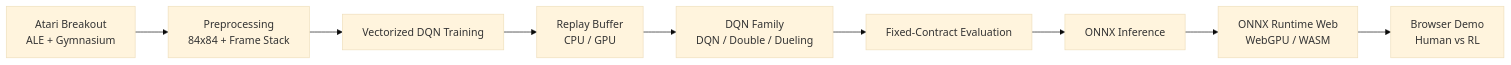
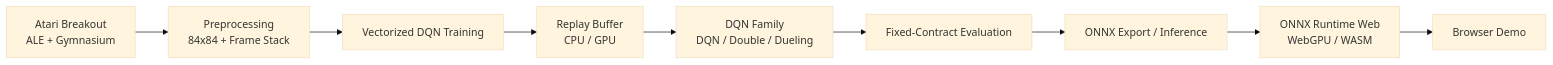
Before and after one commit to Tommyweige/breakout-rl-engineering: the diagram in README.md, drawn with Mermaid (base theme). The commit also changed other lines of this file, not shown here.

````diff
--- a/README.md
+++ b/README.md
@@ -23,11 +21,11 @@
 ```mermaid
 flowchart LR
     A[Atari Breakout\nALE + Gymnasium] --> B[Preprocessing\n84x84 + Frame Stack]
     B --> C[Vectorized DQN Training]
     C --> D[Replay Buffer\nCPU / GPU]
     D --> E[DQN Family\nDQN / Double / Dueling]
     E --> F[Fixed-Contract Evaluation]
-    F --> G[ONNX Inference]
+    F --> G[ONNX Export / Inference]
     G --> H[ONNX Runtime Web\nWebGPU / WASM]
-    H --> I[Browser Demo\nHuman vs RL]
+    H --> I[Browser Demo]
 ```
````
